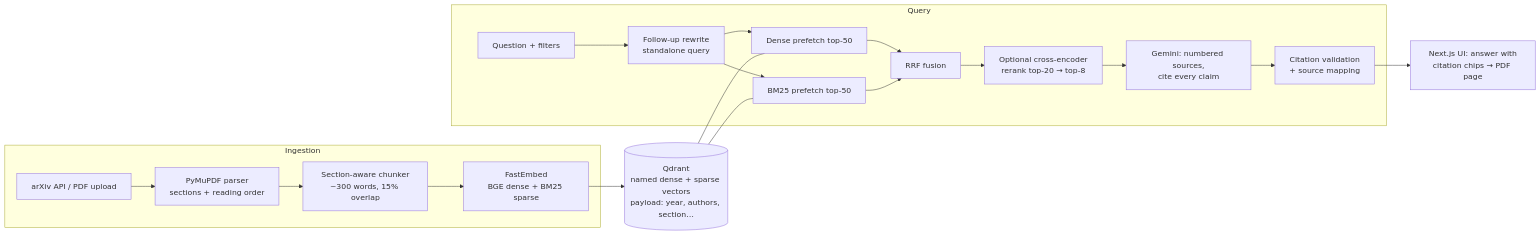
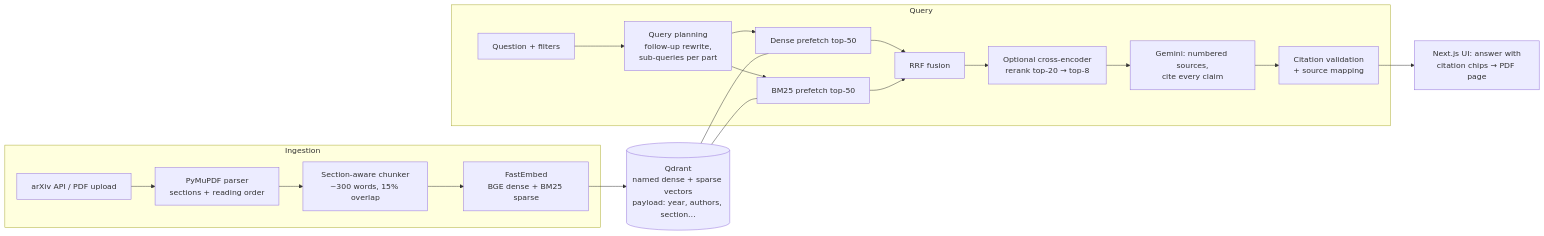
The diagram in README.md (aryansaraogi/ResearchRAG), drawn with Mermaid before and after one commit. The commit also changed other lines of this file and 8 other files, not shown here.

Commit message:
feat: Enhance query planning and retrieval process with multi-query support and improved UI feedback

````diff
--- a/README.md
+++ b/README.md
@@ -20,22 +23,22 @@
 ```mermaid
 flowchart LR
   subgraph Ingestion
     A[arXiv API / PDF upload] --> B[PyMuPDF parser<br/>sections + reading order]
     B --> C[Section-aware chunker<br/>~300 words, 15% overlap]
     C --> D[FastEmbed<br/>BGE dense + BM25 sparse]
   end
   D --> Q[(Qdrant<br/>named dense + sparse vectors<br/>payload: year, authors, section…)]
   subgraph Query
-    U[Question + filters] --> W[Follow-up rewrite<br/>standalone query]
+    U[Question + filters] --> W[Query planning<br/>follow-up rewrite,<br/>sub-queries per part]
     W --> P1[Dense prefetch top-50]
     W --> P2[BM25 prefetch top-50]
     P1 --> F[RRF fusion]
     P2 --> F
     F --> R[Optional cross-encoder<br/>rerank top-20 → top-8]
     R --> G[Gemini: numbered sources,<br/>cite every claim]
     G --> V[Citation validation<br/>+ source mapping]
   end
   Q --- P1
   Q --- P2
   V --> UI[Next.js UI: answer with<br/>citation chips → PDF page]
 ```
````
